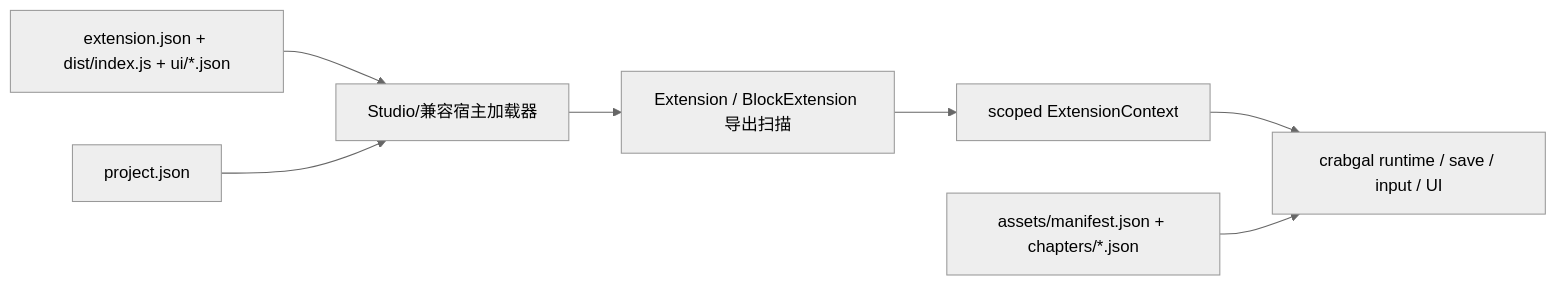
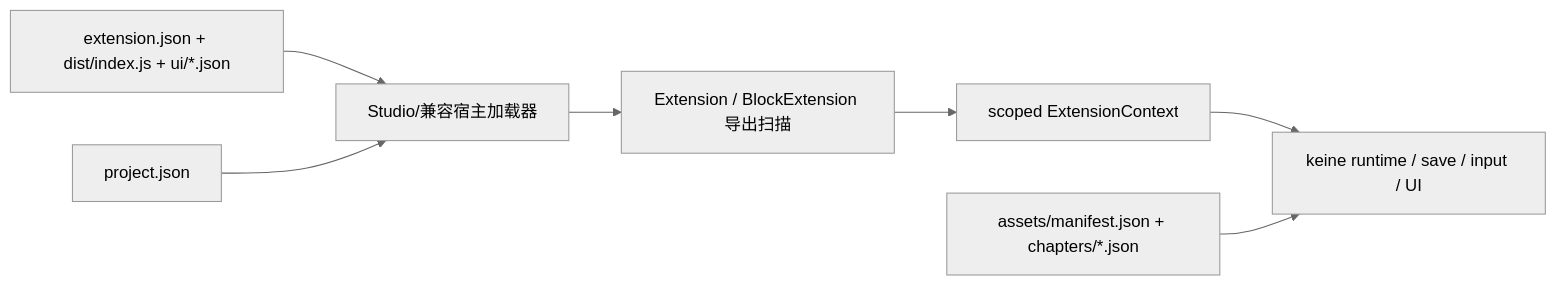
The diagram in dev/docs/reference/12-letsgal-studio-extension-api.md (maincoretech/keine), drawn with Mermaid (neutral theme) before and after one commit. The commit also changed other lines of this file and 117 other files, not shown here.

````diff
--- a/dev/docs/reference/12-letsgal-studio-extension-api.md
+++ b/dev/docs/reference/12-letsgal-studio-extension-api.md
@@ -49,9 +53,9 @@
 ```mermaid
 flowchart LR
     A["extension.json + dist/index.js + ui/*.json"] --> B["Studio/兼容宿主加载器"]
     B --> C["Extension / BlockExtension 导出扫描"]
     C --> D["scoped ExtensionContext"]
-    D --> E["crabgal runtime / save / input / UI"]
+    D --> E["keine runtime / save / input / UI"]
     F["project.json"] --> B
     G["assets/manifest.json + chapters/*.json"] --> E
 ```
````
